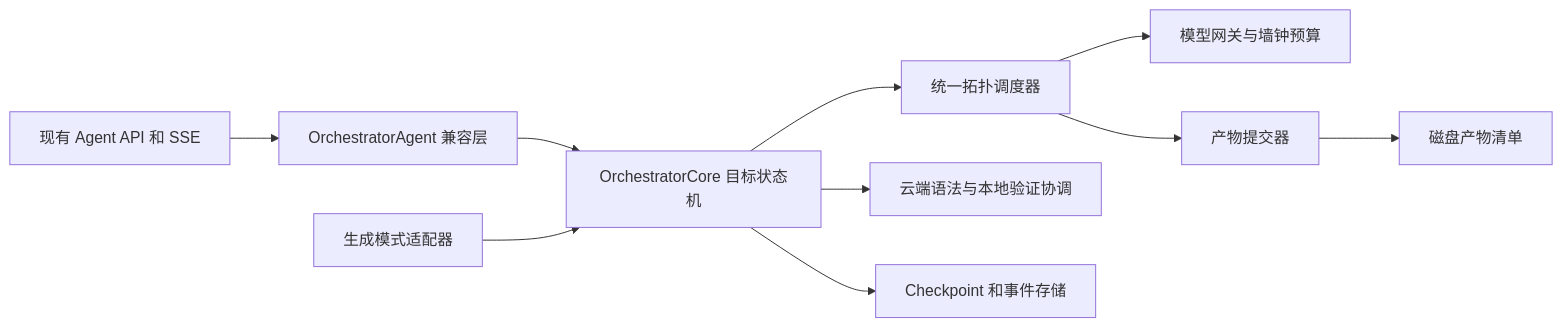
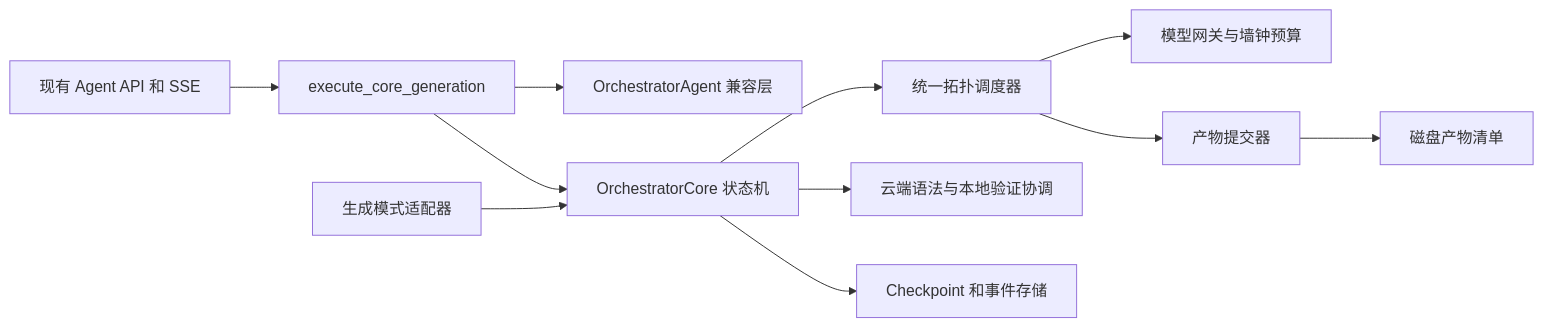
One commit to sheep-no/codingmatrix changed the second of 2 diagrams in .monkeycode/docs/ARCHITECTURE.md. Above: the diagram before and after it, drawn with Mermaid. The commit also changed other lines of this file and 118 other files, not shown here.

````diff
--- a/.monkeycode/docs/ARCHITECTURE.md
+++ b/.monkeycode/docs/ARCHITECTURE.md
@@ -50,12 +50,13 @@
 ```mermaid
 flowchart LR
-    API["现有 Agent API 和 SSE"] --> Compatibility["OrchestratorAgent 兼容层"]
-    Compatibility --> Core["OrchestratorCore 目标状态机"]
+    API["现有 Agent API 和 SSE"] --> Runtime["execute_core_generation"]
+    Runtime --> Compatibility["OrchestratorAgent 兼容层"]
+    Runtime --> Core["OrchestratorCore 状态机"]
     Adapter["生成模式适配器"] --> Core
     Core --> Scheduler["统一拓扑调度器"]
     Scheduler --> Model["模型网关与墙钟预算"]
     Scheduler --> Committer["产物提交器"]
     Committer --> Manifest["磁盘产物清单"]
     Core --> Validation["云端语法与本地验证协调"]
     Core --> Store["Checkpoint 和事件存储"]
 ```
````
